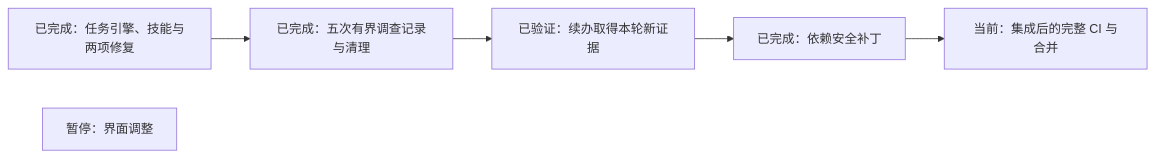
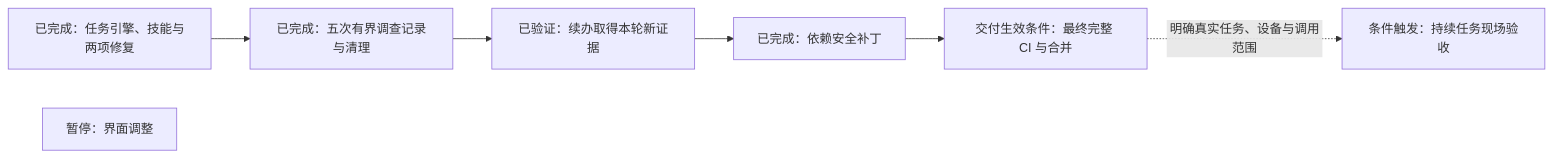
The diagram in docs/project/stages/2026-10-20-agent-task-live-acceptance.md (Sugarfarmeriod/TunnelMinion), drawn with Mermaid before and after one commit. The commit also changed other lines of this file and 1 other file, not shown here.

````diff
--- a/docs/project/stages/2026-10-20-agent-task-live-acceptance.md
+++ b/docs/project/stages/2026-10-20-agent-task-live-acceptance.md
@@ -42,8 +43,9 @@
 ```mermaid
 flowchart LR
     A["已完成：任务引擎、技能与两项修复"] --> B["已完成：五次有界调查记录与清理"]
     B --> C["已验证：续办取得本轮新证据"]
     C --> D["已完成：依赖安全补丁"]
-    D --> E["当前：集成后的完整 CI 与合并"]
+    D --> E["交付生效条件：最终完整 CI 与合并"]
+    E -.明确真实任务、设备与调用范围.-> F["条件触发：持续任务现场验收"]
     U["暂停：界面调整"]
 ```
````
